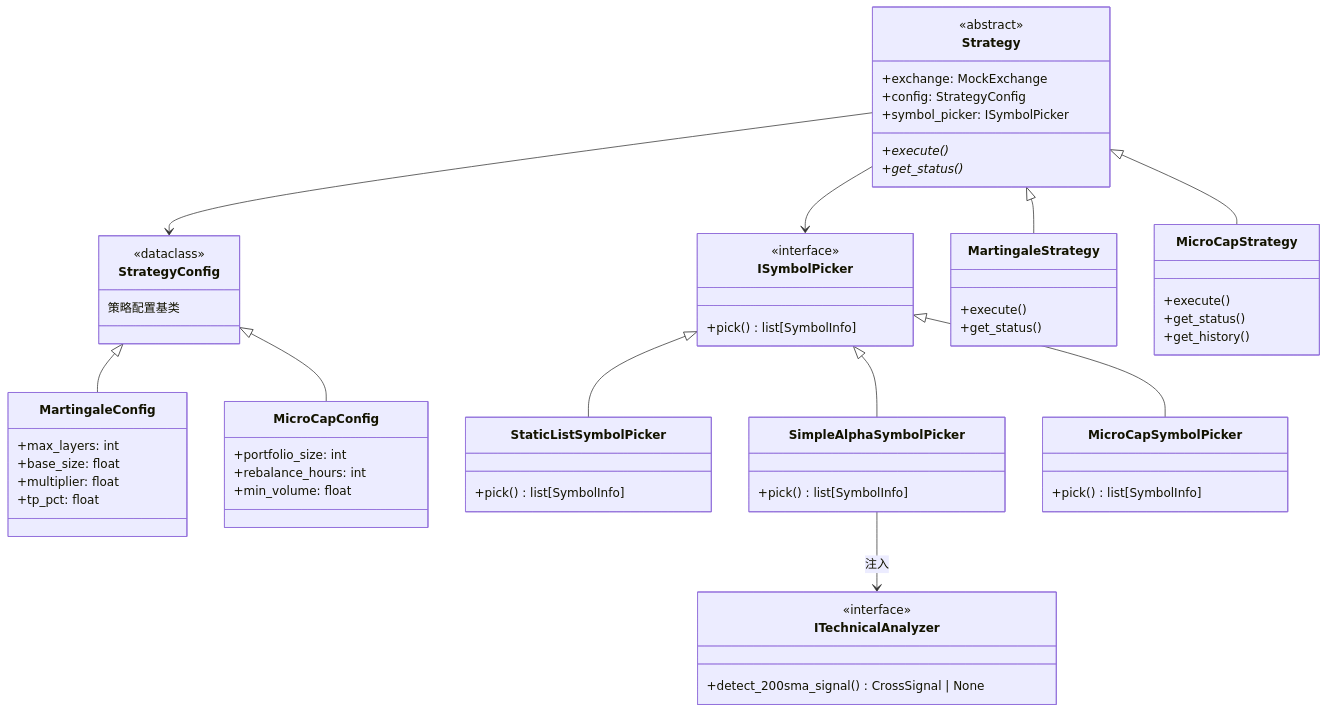
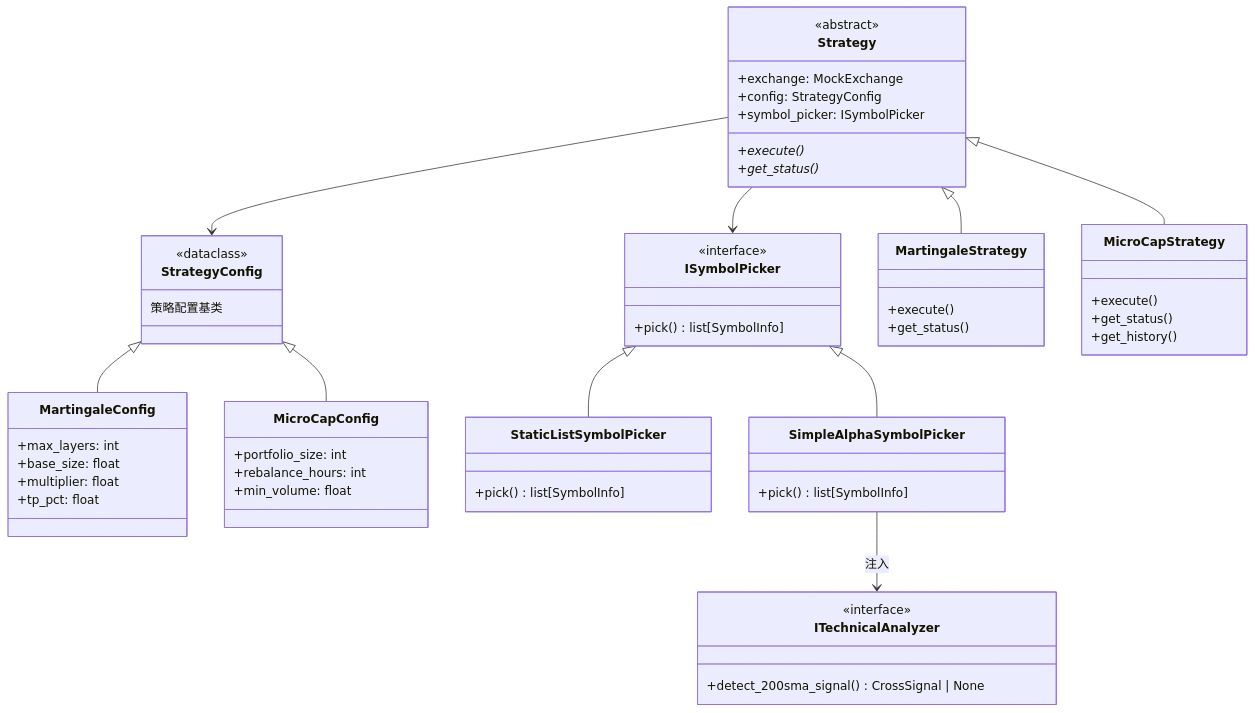
The first of 5 diagrams in architecture_document/04-strategy-engine.md (cqlwm/trading-service), drawn with Mermaid before and after one commit. The commit also changed other lines of this file and 4 other files, not shown here.

First line of the commit message:
feat: MicroCapStrategy 入场逻辑（横盘/金叉突破买入）

````diff
--- a/architecture_document/04-strategy-engine.md
+++ b/architecture_document/04-strategy-engine.md
@@ -7,76 +7,71 @@
 ```mermaid
 classDiagram
     class Strategy {
         <<abstract>>
         +exchange: MockExchange
         +config: StrategyConfig
         +symbol_picker: ISymbolPicker
         +execute()*
         +get_status()*
     }
 
     class StrategyConfig {
         <<dataclass>>
         策略配置基类
     }
 
     class ISymbolPicker {
         <<interface>>
         +pick() list[SymbolInfo]
     }
 
     class MartingaleStrategy {
         +execute()
         +get_status()
     }
 
     class MartingaleConfig {
         +max_layers: int
         +base_size: float
         +multiplier: float
         +tp_pct: float
     }
 
     class MicroCapStrategy {
         +execute()
         +get_status()
         +get_history()
     }
 
     class MicroCapConfig {
         +portfolio_size: int
         +rebalance_hours: int
         +min_volume: float
     }
 
     class StaticListSymbolPicker {
         +pick() list[SymbolInfo]
     }
 
     class SimpleAlphaSymbolPicker {
         +pick() list[SymbolInfo]
     }
 
-    class MicroCapSymbolPicker {
-        +pick() list[SymbolInfo]
-    }
-
     class ITechnicalAnalyzer {
         <<interface>>
         +detect_200sma_signal() CrossSignal | None
     }
 
     Strategy --> StrategyConfig
     Strategy --> ISymbolPicker
 
     Strategy <|-- MartingaleStrategy
     Strategy <|-- MicroCapStrategy
 
     StrategyConfig <|-- MartingaleConfig
     StrategyConfig <|-- MicroCapConfig
 
     ISymbolPicker <|-- StaticListSymbolPicker
     ISymbolPicker <|-- SimpleAlphaSymbolPicker
-    ISymbolPicker <|-- MicroCapSymbolPicker
     SimpleAlphaSymbolPicker --> ITechnicalAnalyzer : 注入
 ```
````
